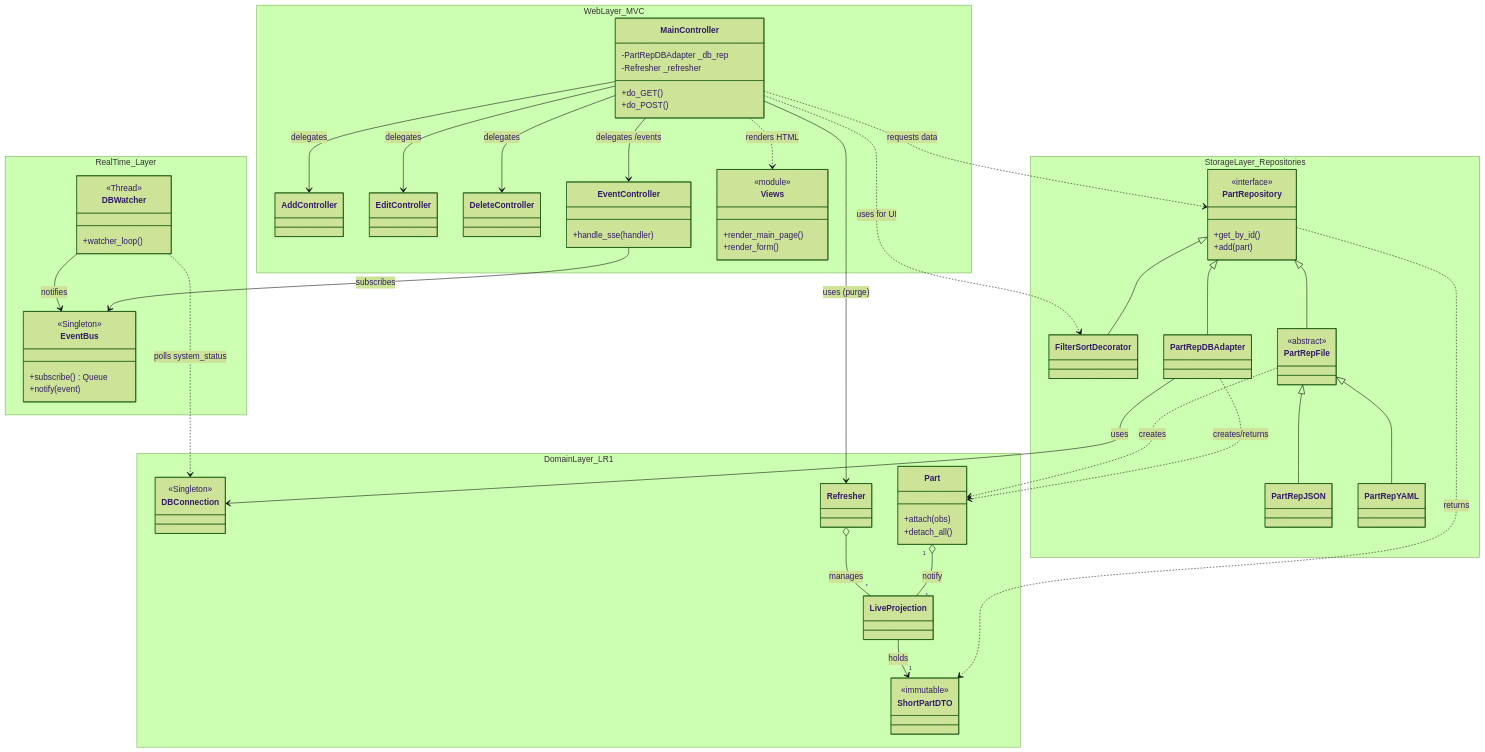
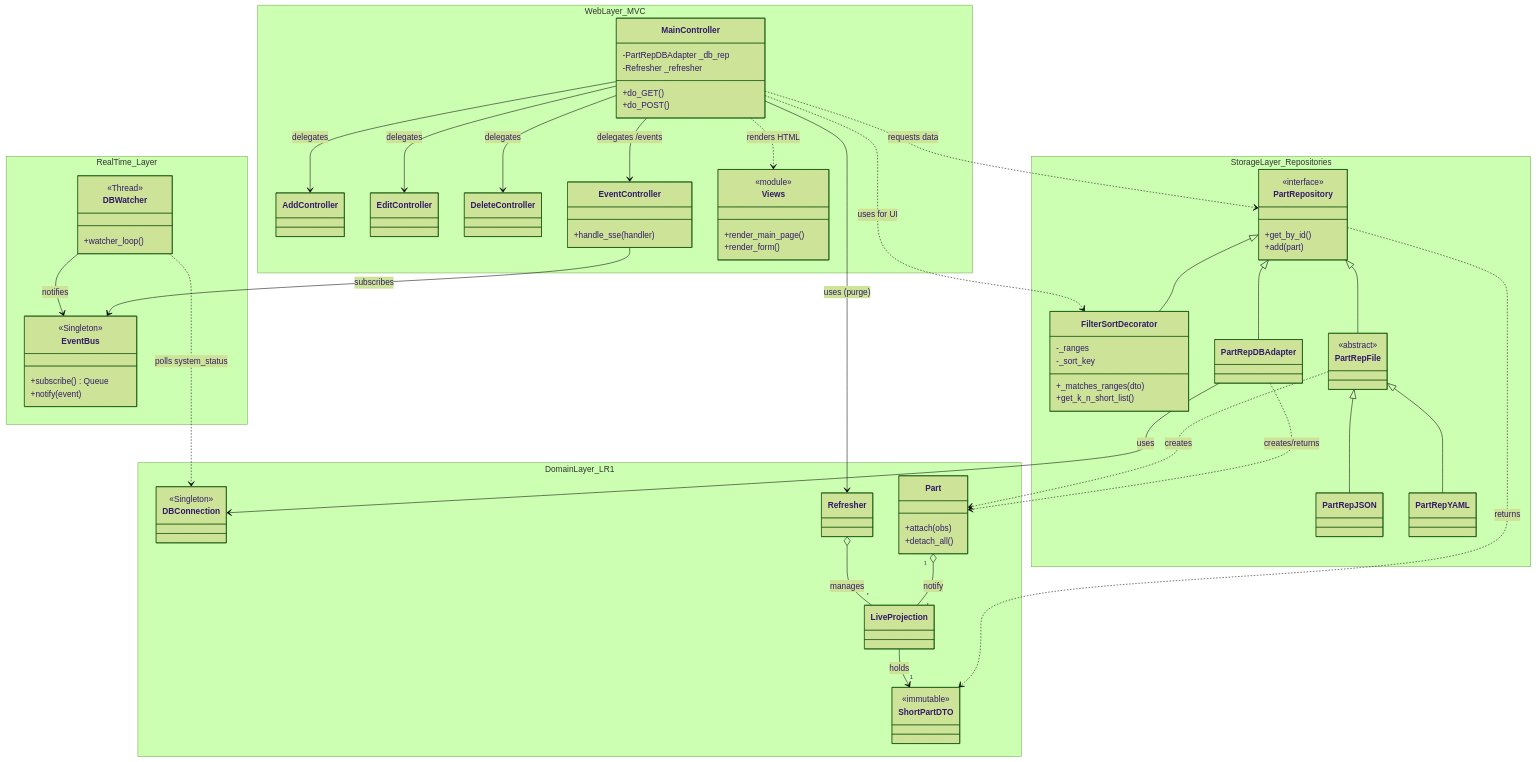
Before and after one commit to timxx21/lab2a: the first of 21 diagrams in README.md, drawn with Mermaid (forest theme). The commit also changed other lines of this file, not shown here.

```diff
--- a/README.md
+++ b/README.md
@@ -63,7 +63,12 @@
             +get_by_id()
             +add(part)
         }
-        class FilterSortDecorator
+        class FilterSortDecorator {
+            -_ranges
+            -_sort_key
+            +_matches_ranges(dto)
+            +get_k_n_short_list()
+        }
         class PartRepDBAdapter
         class PartRepFile {
             <<abstract>>
```
